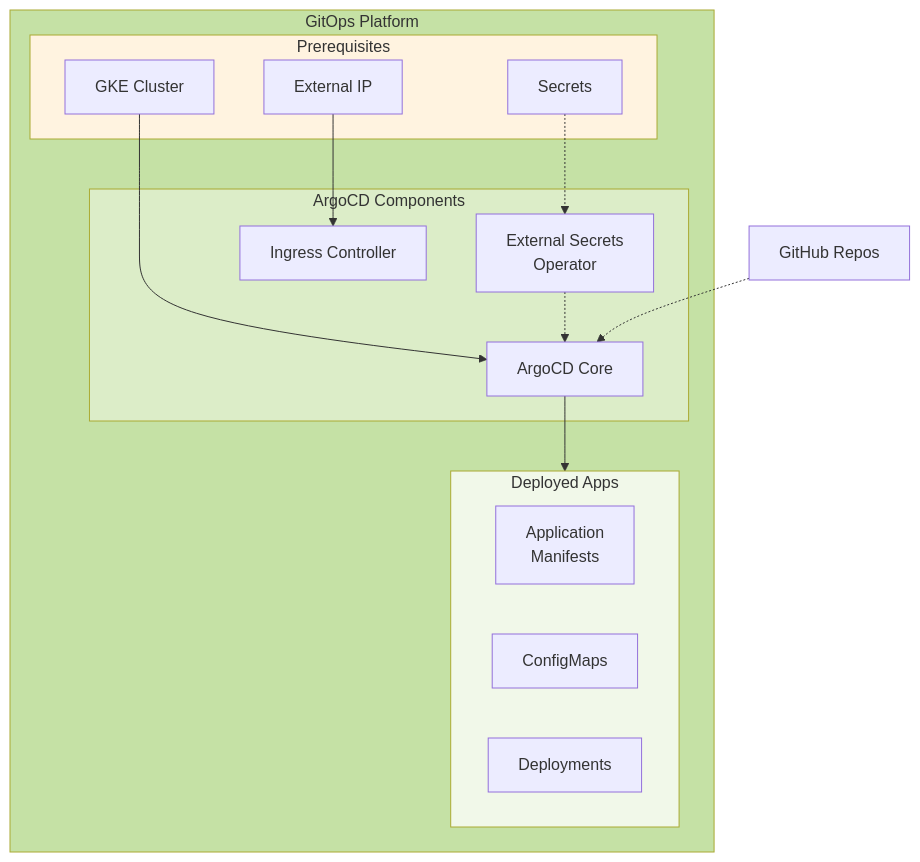
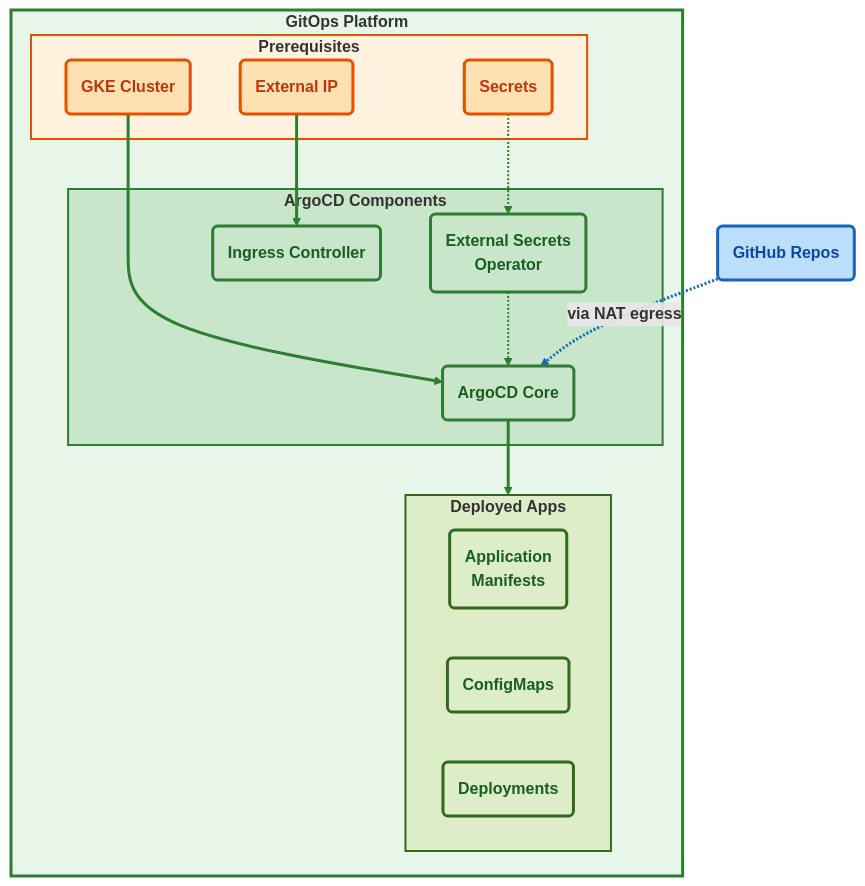
One commit to spolspol/terragrunt-gcp-org-automation changed the third of 7 diagrams in docs/ARCHITECTURE_DIAGRAM.md. Above: the diagram before and after it, drawn with Mermaid. The commit also changed other lines of this file, not shown here.

First line of the commit message:
Enhances GCP architecture diagram

````diff
--- a/docs/ARCHITECTURE_DIAGRAM.md
+++ b/docs/ARCHITECTURE_DIAGRAM.md
@@ -200,35 +254,52 @@
 ```mermaid
 flowchart TB
-    subgraph GitOpsStack["GitOps Platform"]
-        subgraph Prerequisites["Prerequisites"]
-            GKEC[GKE Cluster]
-            SECS[Secrets]
-            EXTIP[External IP]
+    subgraph GitOpsStack["<b>GitOps Platform</b>"]
+        subgraph Prerequisites["<b>Prerequisites</b>"]
+            GKEC("<b>GKE Cluster</b>")
+            SECS("<b>Secrets</b>")
+            EXTIP("<b>External IP</b>")
         end
-        
-        subgraph ArgoComponents["ArgoCD Components"]
-            ARGO[ArgoCD Core]
-            ESO[External Secrets<br/>Operator]
-            INGRESS[Ingress Controller]
+
+        subgraph ArgoComponents["<b>ArgoCD Components</b>"]
+            ARGO("<b>ArgoCD Core</b>")
+            ESO("<b>External Secrets<br/>Operator</b>")
+            INGRESS("<b>Ingress Controller</b>")
         end
-        
-        subgraph Applications["Deployed Apps"]
-            APPS[Application<br/>Manifests]
-            CONFIGS[ConfigMaps]
-            DEPLOYS[Deployments]
+
+        subgraph Applications["<b>Deployed Apps</b>"]
+            APPS("<b>Application<br/>Manifests</b>")
+            CONFIGS("<b>ConfigMaps</b>")
+            DEPLOYS("<b>Deployments</b>")
         end
     end
-    
-    GKEC --> ARGO
+
+    GKEC ==> ARGO
     SECS -.-> ESO
     ESO -.-> ARGO
-    EXTIP --> INGRESS
-    ARGO --> Applications
-    
-    GITHUB[GitHub Repos] -.-> ARGO
-    
-    style GitOpsStack fill:#c5e1a5
-    style Prerequisites fill:#fff3e0
-    style ArgoComponents fill:#dcedc8
-    style Applications fill:#f1f8e9
+    EXTIP ==> INGRESS
+    ARGO ==> Applications
+
+    GITHUB("<b>GitHub Repos</b>") -.->|"<b>via NAT egress</b>"| ARGO
+
+    classDef prereq fill:#ffe0b2,stroke:#e65100,stroke-width:3px,font-weight:bold,color:#bf360c
+    classDef argo fill:#c8e6c9,stroke:#2e7d32,stroke-width:3px,font-weight:bold,color:#1b5e20
+    classDef apps fill:#dcedc8,stroke:#33691e,stroke-width:3px,font-weight:bold,color:#1b5e20
+    classDef ext fill:#bbdefb,stroke:#1565c0,stroke-width:3px,font-weight:bold,color:#0d47a1
+
+    class GKEC,SECS,EXTIP prereq
+    class ARGO,ESO,INGRESS argo
+    class APPS,CONFIGS,DEPLOYS apps
+    class GITHUB ext
+
+    linkStyle 0 stroke:#2e7d32,stroke-width:3px
+    linkStyle 1 stroke:#2e7d32,stroke-width:2px
+    linkStyle 2 stroke:#2e7d32,stroke-width:2px
+    linkStyle 3 stroke:#2e7d32,stroke-width:3px
+    linkStyle 4 stroke:#2e7d32,stroke-width:3px
+    linkStyle 5 stroke:#1565c0,stroke-width:3px
+
+    style GitOpsStack fill:#e8f5e9,stroke:#2e7d32,stroke-width:3px
+    style Prerequisites fill:#fff3e0,stroke:#e65100,stroke-width:2px
+    style ArgoComponents fill:#c8e6c9,stroke:#2e7d32,stroke-width:2px
+    style Applications fill:#dcedc8,stroke:#33691e,stroke-width:2px
 ```
````
